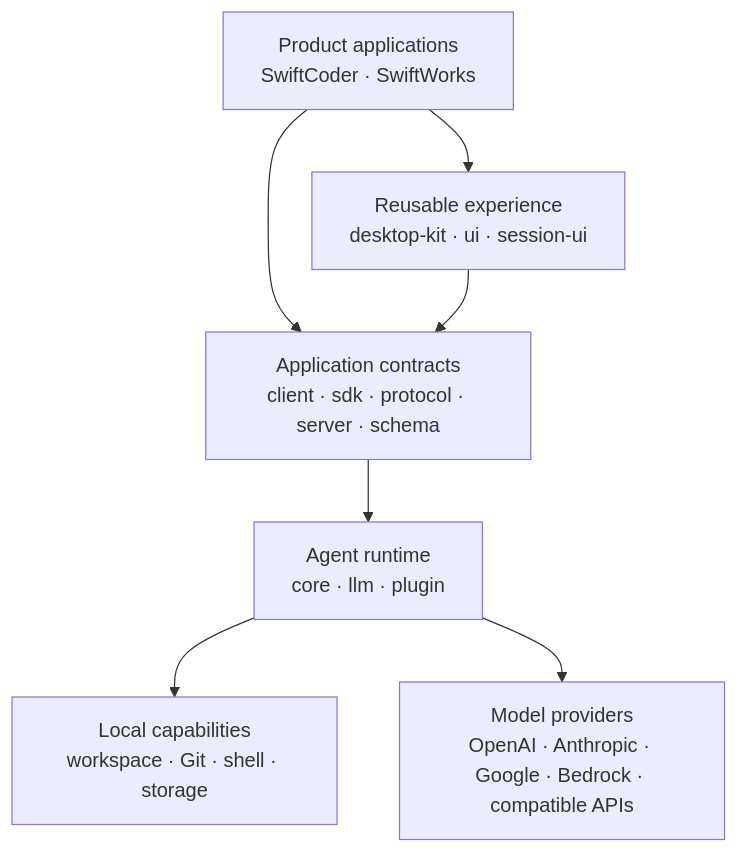
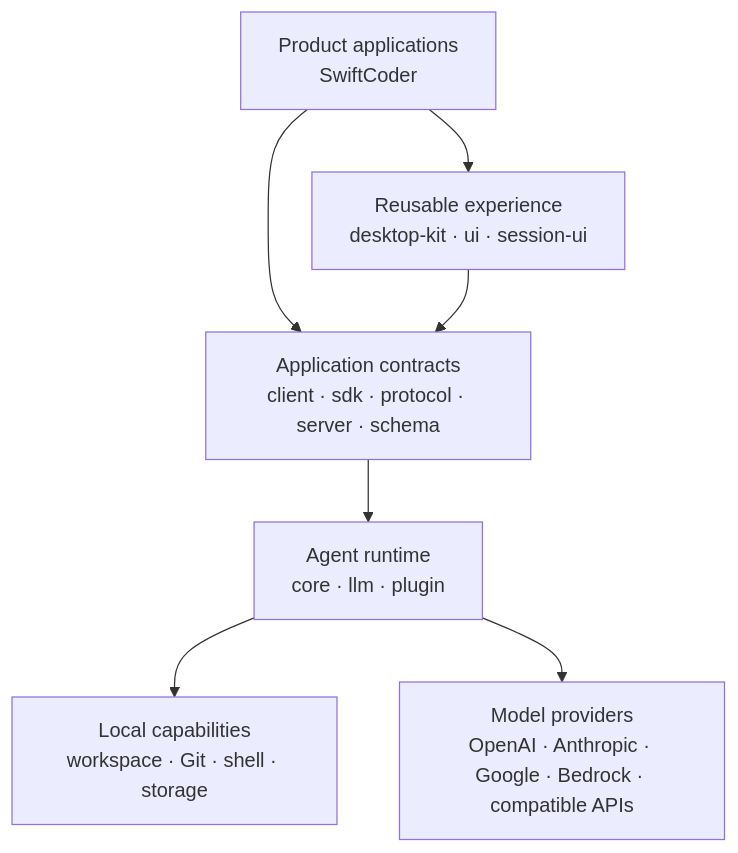
One commit to swift-scale-ai/swiftcoder changed the diagram in README.md. Above: the diagram before and after it, drawn with Mermaid. The commit also changed other lines of this file and 4 other files, not shown here.

````diff
--- a/README.md
+++ b/README.md
@@ -38,16 +38,16 @@
 ```mermaid
 flowchart TB
-    products["Product applications<br/>SwiftCoder · SwiftWorks"]
+    products["Product applications<br/>SwiftCoder"]
     experience["Reusable experience<br/>desktop-kit · ui · session-ui"]
     api["Application contracts<br/>client · sdk · protocol · server · schema"]
     runtime["Agent runtime<br/>core · llm · plugin"]
     local["Local capabilities<br/>workspace · Git · shell · storage"]
     models["Model providers<br/>OpenAI · Anthropic · Google · Bedrock · compatible APIs"]
 
     products --> experience
     products --> api
     experience --> api
     api --> runtime
     runtime --> local
     runtime --> models
 ```
````
